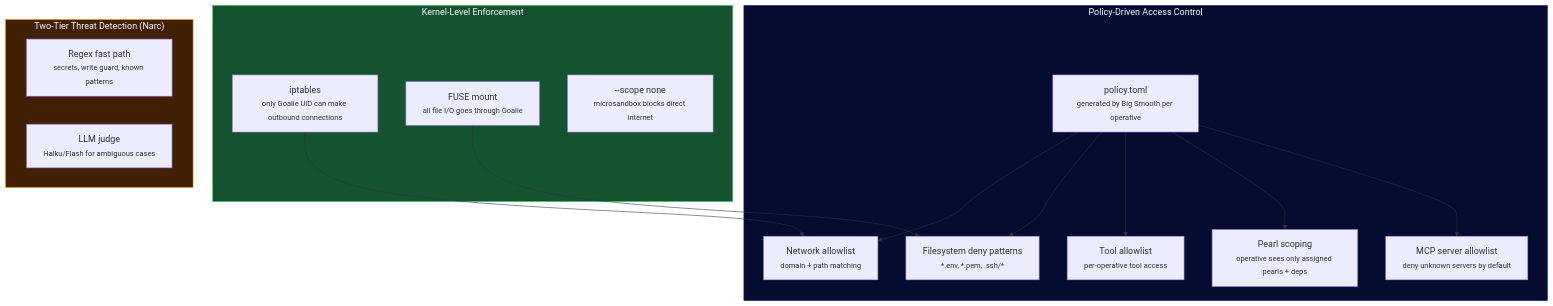
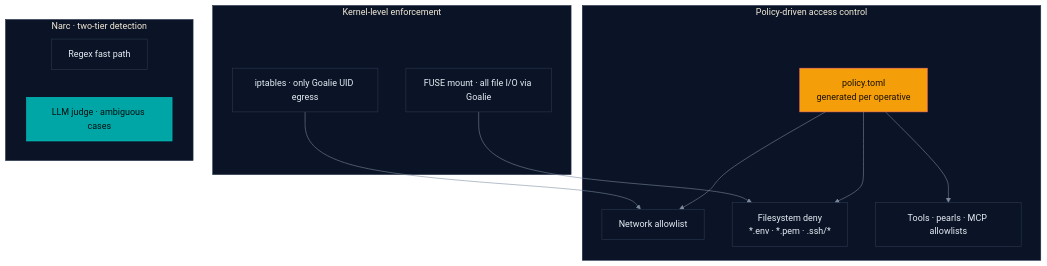
Before and after one commit to SmooAI/smooth: the fourth of 5 diagrams in README.md, drawn with Mermaid. The commit also changed other lines of this file and 2 other files, not shown here.

Commit message:
chore: glow up README + diagrams — hero banner, marketing callout

````diff
--- a/README.md
+++ b/README.md
@@ -314,30 +290,32 @@
 ```mermaid
-graph TD
-    subgraph Enforcement["Kernel-Level Enforcement"]
-        IPT["iptables<br/><small>only Goalie UID can make outbound connections</small>"]
-        FUSE["FUSE mount<br/><small>all file I/O goes through Goalie</small>"]
-        SCOPE["--scope none<br/><small>microsandbox blocks direct internet</small>"]
+%%{init: {'theme':'base','themeVariables':{
+  'background':'#020618','primaryColor':'#0b1426','primaryTextColor':'#e6edf6','primaryBorderColor':'#2b3a52',
+  'lineColor':'#7c8aa0','secondaryColor':'#0b1426','tertiaryColor':'#0b1426','fontFamily':'ui-sans-serif, system-ui, sans-serif',
+  'clusterBkg':'#0b1426','clusterBorder':'#22304a'}}}%%
+flowchart TD
+    subgraph Enforcement["Kernel-level enforcement"]
+        IPT["iptables · only Goalie UID egress"]
+        FUSE["FUSE mount · all file I/O via Goalie"]
     end
 
-    subgraph Policy["Policy-Driven Access Control"]
-        TOML["policy.toml<br/><small>generated by Big Smooth per operative</small>"]
-        NET["Network allowlist<br/><small>domain + path matching</small>"]
-        FS["Filesystem deny patterns<br/><small>*.env, *.pem, .ssh/*</small>"]
-        TOOL["Tool allowlist<br/><small>per-operative tool access</small>"]
-        BEAD["Pearl scoping<br/><small>operative sees only assigned pearls + deps</small>"]
-        MCP["MCP server allowlist<br/><small>deny unknown servers by default</small>"]
+    subgraph Policy["Policy-driven access control"]
+        TOML["policy.toml<br/>generated per operative"]
+        NET["Network allowlist"]
+        FS["Filesystem deny<br/>*.env · *.pem · .ssh/*"]
+        REST["Tools · pearls · MCP allowlists"]
     end
 
-    subgraph Detection["Two-Tier Threat Detection (Narc)"]
-        REGEX["Regex fast path<br/><small>secrets, write guard, known patterns</small>"]
-        LLM["LLM judge<br/><small>Haiku/Flash for ambiguous cases</small>"]
+    subgraph Detection["Narc · two-tier detection"]
+        REGEX["Regex fast path"]
+        LLM["LLM judge · ambiguous cases"]
     end
 
-    TOML --> NET & FS & TOOL & BEAD & MCP
+    TOML --> NET & FS & REST
     IPT --> NET
     FUSE --> FS
 
-    style Enforcement fill:#14532d,stroke:#22c55e,color:#f8fafc
-    style Policy fill:#040d30,stroke:#0a1f7a,color:#f8fafc
-    style Detection fill:#422006,stroke:#f49f0a,color:#f8fafc
+    classDef warm fill:#f49f0a,stroke:#ff6b6c,color:#1a0f00;
+    classDef teal fill:#00a6a6,stroke:#00c2c2,color:#011;
+    class TOML warm
+    class LLM teal
 ```
````
